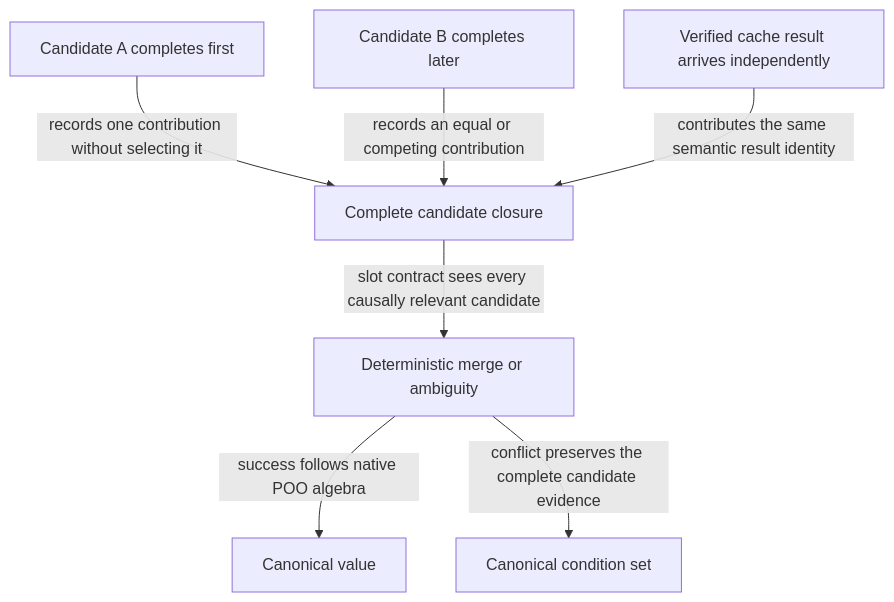
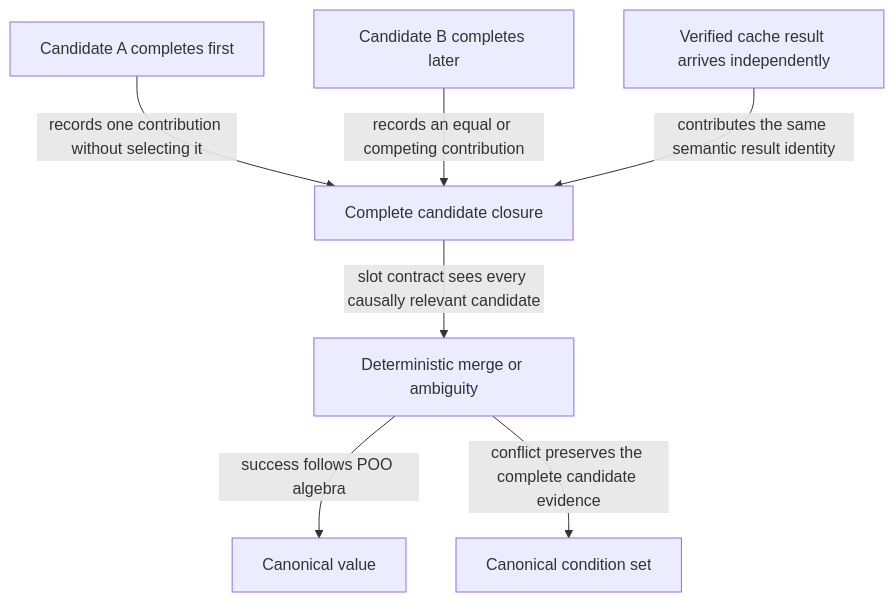
The second of 4 diagrams in module-system/design/45-33-deterministic-parallel-poo-evaluation-and-canonical-commit.org (tao3k/gebril-yuanxu), drawn with Mermaid before and after one commit. The commit also changed other lines of this file and 1469 other files, not shown here.

```diff
--- a/module-system/design/45-33-deterministic-parallel-poo-evaluation-and-canonical-commit.org
+++ b/module-system/design/45-33-deterministic-parallel-poo-evaluation-and-canonical-commit.org
@@ -139,9 +139,9 @@
 #+begin_src mermaid
 flowchart TD
   A["Candidate A completes first"] -->|"records one contribution without selecting it"| K["Complete candidate closure"]
   B["Candidate B completes later"] -->|"records an equal or competing contribution"| K
   H["Verified cache result arrives independently"] -->|"contributes the same semantic result identity"| K
   K -->|"slot contract sees every causally relevant candidate"| M["Deterministic merge or ambiguity"]
-  M -->|"success follows native POO algebra"| V["Canonical value"]
+  M -->|"success follows POO algebra"| V["Canonical value"]
   M -->|"conflict preserves the complete candidate evidence"| E["Canonical condition set"]
 #+end_src
```
